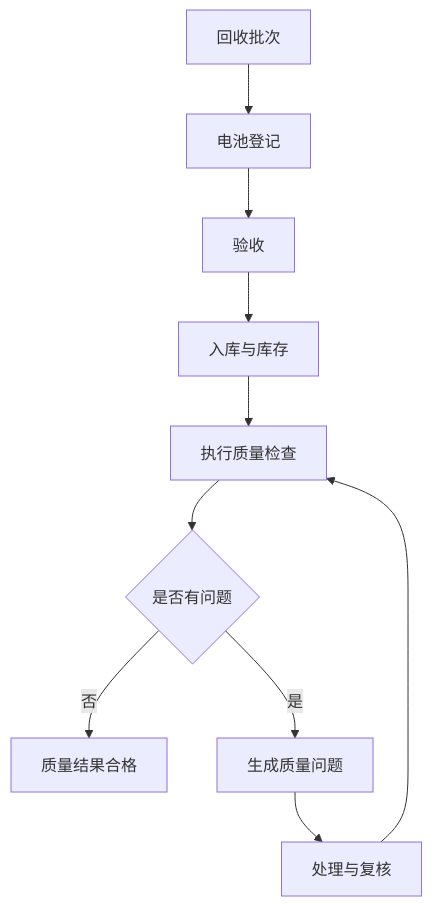
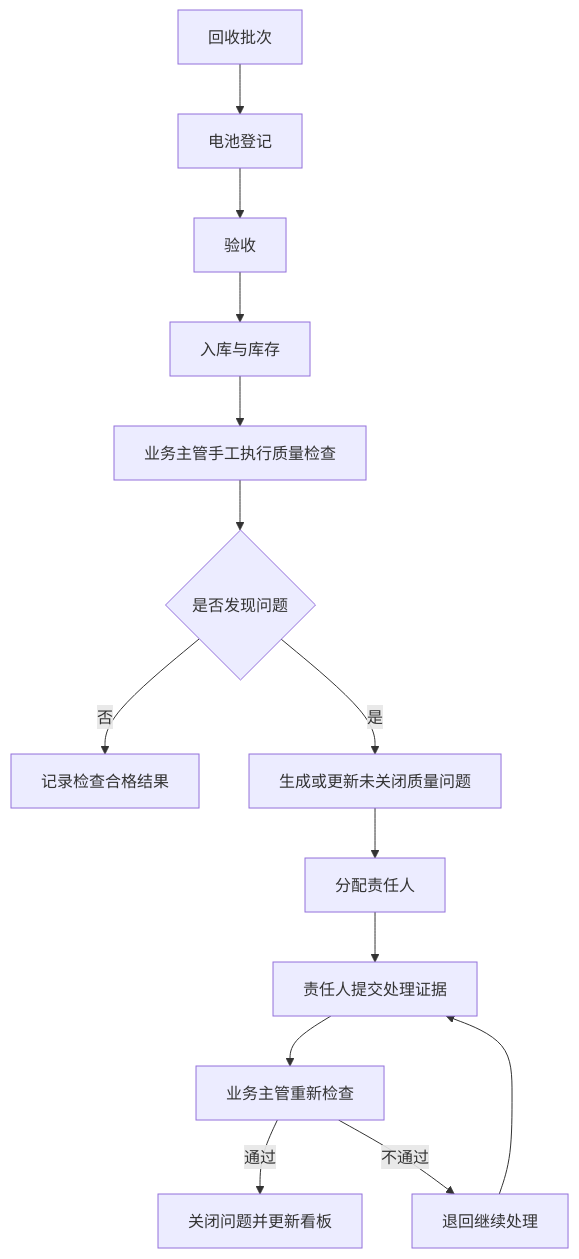
The diagram in docs/business/data-governance-first-slice.md (dyabn/battery-recycling-traceability-system), drawn with Mermaid before and after one commit. The commit also changed other lines of this file and 12 other files, not shown here.

````diff
--- a/docs/business/data-governance-first-slice.md
+++ b/docs/business/data-governance-first-slice.md
@@ -26,12 +30,16 @@
 ```mermaid
 flowchart TD
     A["回收批次"] --> B["电池登记"]
     B --> C["验收"]
     C --> D["入库与库存"]
-    D --> E["执行质量检查"]
-    E --> F{"是否有问题"}
-    F -- 否 --> G["质量结果合格"]
-    F -- 是 --> H["生成质量问题"]
-    H --> I["处理与复核"]
-    I --> E
+    D --> E["业务主管手工执行质量检查"]
+    E --> F{"是否发现问题"}
+    F -- 否 --> G["记录检查合格结果"]
+    F -- 是 --> H["生成或更新未关闭质量问题"]
+    H --> I["分配责任人"]
+    I --> J["责任人提交处理证据"]
+    J --> K["业务主管重新检查"]
+    K -- 通过 --> L["关闭问题并更新看板"]
+    K -- 不通过 --> M["退回继续处理"]
+    M --> J
 ```
````
